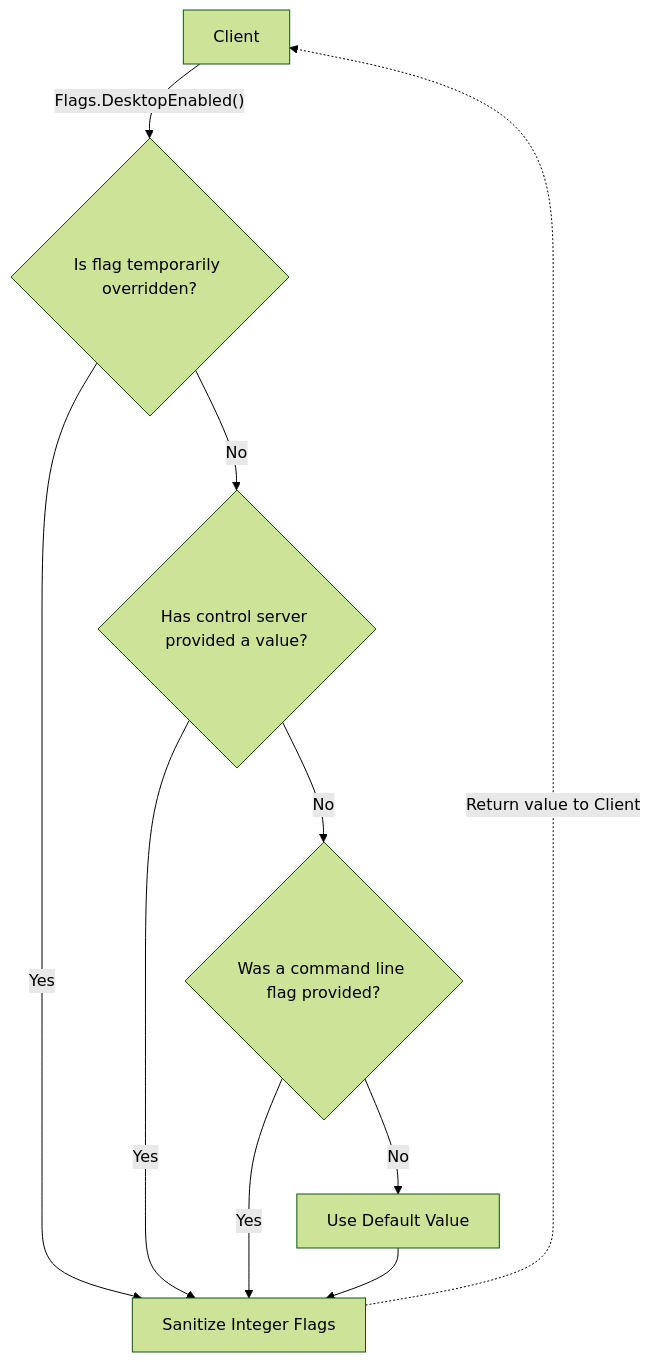
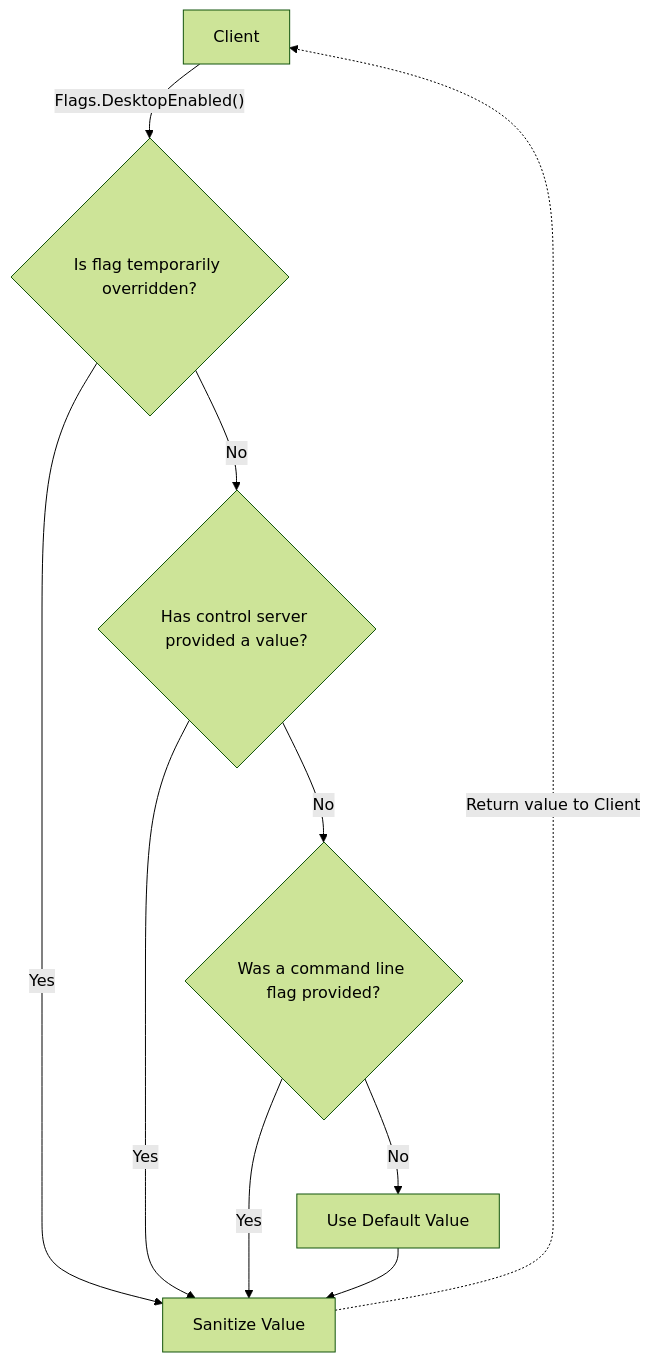
The first of 3 diagrams in docs/architecture/flags.md (kolide/launcher), drawn with Mermaid (forest theme) before and after one commit. The commit also changed other lines of this file and 3 other files, not shown here.

````diff
--- a/docs/architecture/flags.md
+++ b/docs/architecture/flags.md
@@ -16,24 +16,24 @@
 ```mermaid
 flowchart TB
     Client[Client]
     Default[Use Default Value]
-    Sanitize[Sanitize Integer Flags]
+    Sanitize[Sanitize Value]
     Override{Is flag temporarily overridden?}
     Store{Has control server provided a value?}
     CmdLine{Was a command line flag provided?}
 
     Client -->|"Flags.DesktopEnabled()"| Override
     Override -->|Yes| Sanitize
     Override -->|No| Store
 
     Store -->|Yes| Sanitize
     Store -->|No| CmdLine
 
     CmdLine -->|Yes| Sanitize
     CmdLine -->|No| Default
 
     Default --> Sanitize
 
     Sanitize -.->|Return value to Client| Client
 
 ```
````
